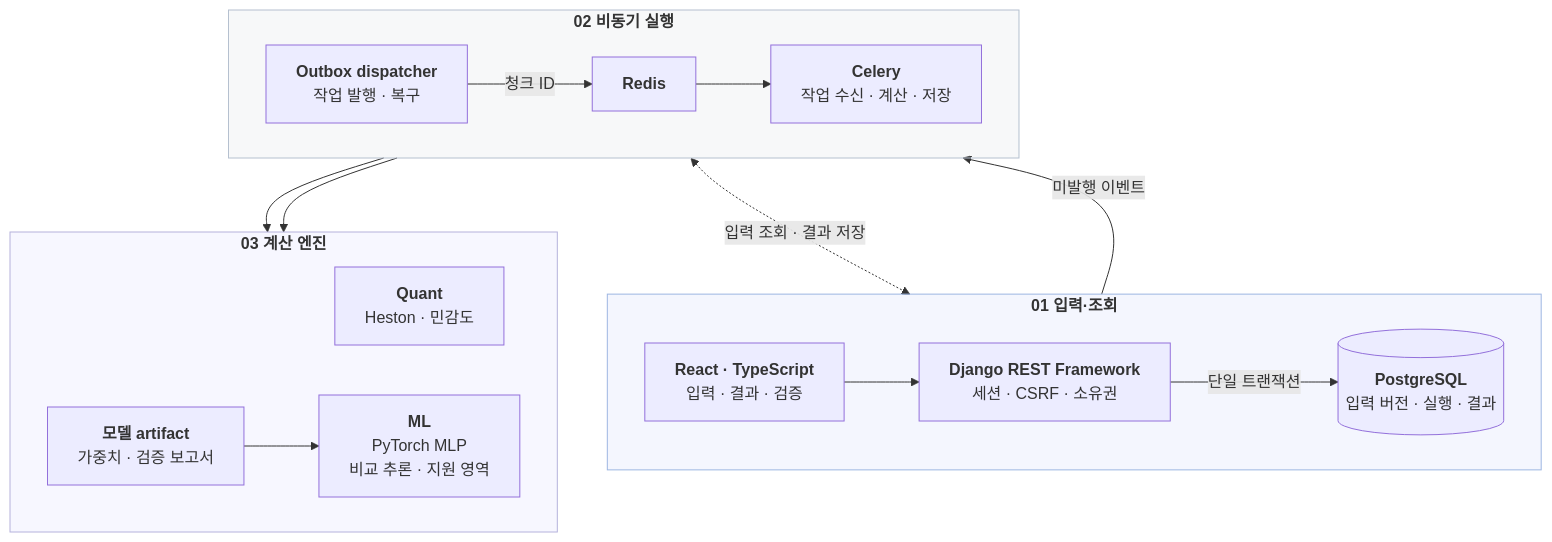
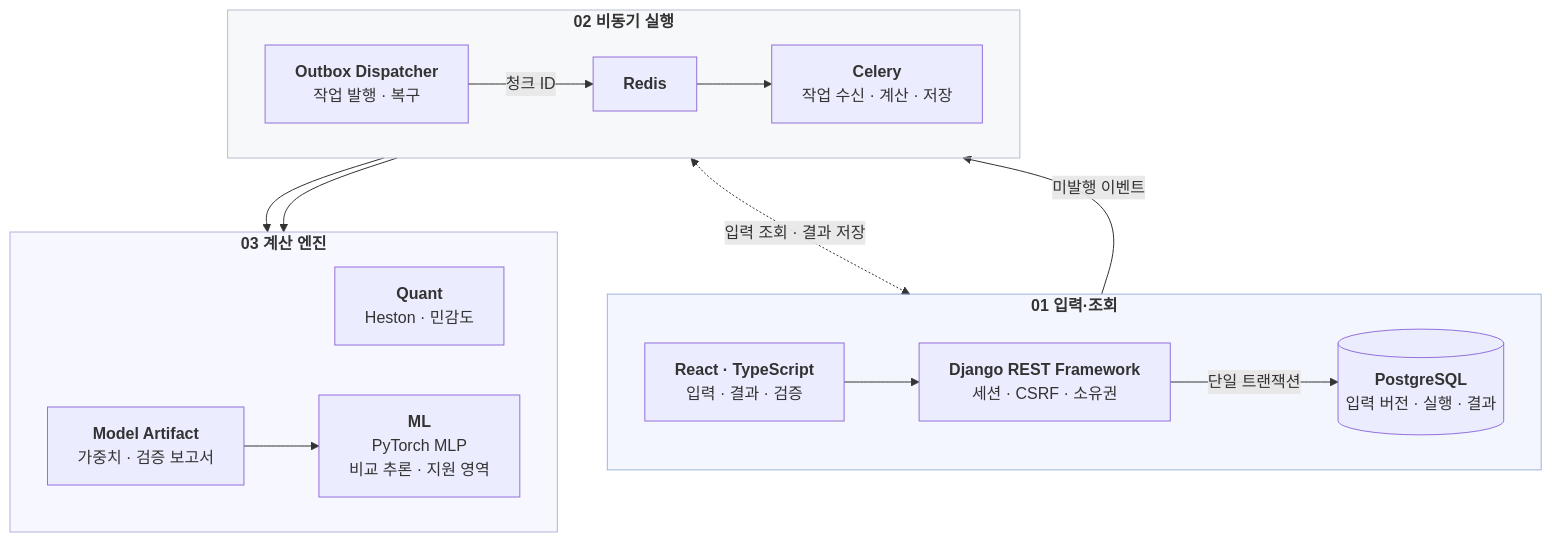
Before and after one commit to limbj/option-risk-platform: the diagram in README.md, drawn with Mermaid.

Commit message:
Standardize execution diagram component names

````diff
--- a/README.md
+++ b/README.md
@@ -49,28 +49,28 @@
 ```mermaid
 flowchart TB
     subgraph HTTP["<b>01 입력·조회</b>"]
         direction LR
         UI["<b>React · TypeScript</b><br/>입력 · 결과 · 검증"] --> API["<b>Django REST Framework</b><br/>세션 · CSRF · 소유권"]
         API -->|단일 트랜잭션| DB[("<b>PostgreSQL</b><br/>입력 버전 · 실행 · 결과")]
     end
     subgraph JOBS["<b>02 비동기 실행</b>"]
         direction LR
-        DIS["<b>Outbox dispatcher</b><br/>작업 발행 · 복구"] -->|청크 ID| RED["<b>Redis</b>"]
+        DIS["<b>Outbox Dispatcher</b><br/>작업 발행 · 복구"] -->|청크 ID| RED["<b>Redis</b>"]
         RED --> WORK["<b>Celery</b><br/>작업 수신 · 계산 · 저장"]
     end
     subgraph ENGINE["<b>03 계산 엔진</b>"]
         direction LR
         QUANT["<b>Quant</b><br/>Heston · 민감도"]
         ML["<b>ML</b><br/>PyTorch MLP<br/>비교 추론 · 지원 영역"]
-        ART["<b>모델 artifact</b><br/>가중치 · 검증 보고서"] --> ML
+        ART["<b>Model Artifact</b><br/>가중치 · 검증 보고서"] --> ML
     end
     DB -->|미발행 이벤트| DIS
     WORK <-.->|입력 조회 · 결과 저장| DB
     WORK --> QUANT
     WORK --> ML
     WORK ~~~ ART
 
     style HTTP fill:#315ae80d,stroke:#9db6e2
     style JOBS fill:#64748b0d,stroke:#b5c0cf
     style ENGINE fill:#6366f10d,stroke:#b5b2dc
 ```
````
